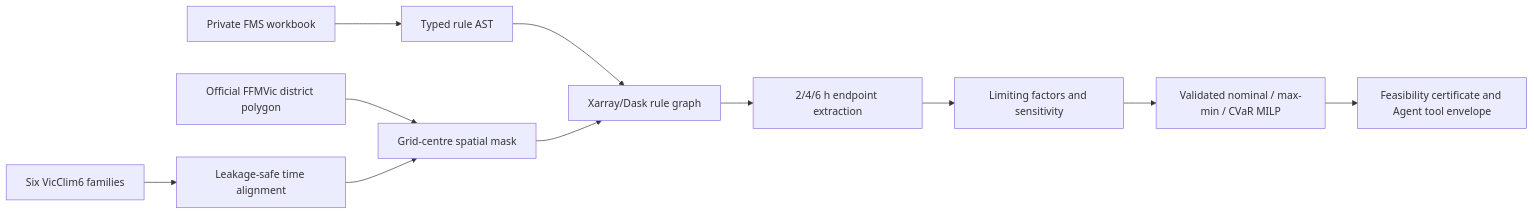
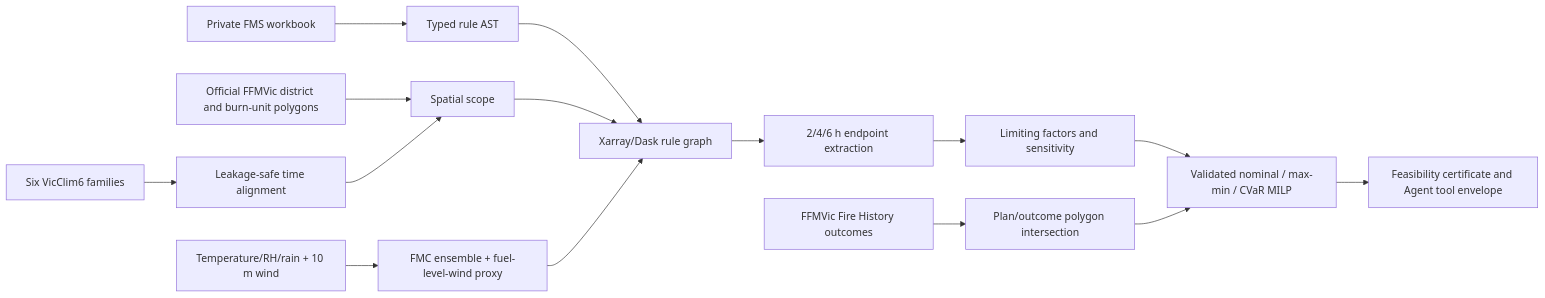
One commit to larry-liyuanfan/wildfire-burn-window-decision-support changed the diagram in README.md. Above: the diagram before and after it, drawn with Mermaid. The commit also changed other lines of this file and 17 other files, not shown here.

Commit message:
feat: add official burn-unit outcome integration

````diff
--- a/README.md
+++ b/README.md
@@ -21,12 +21,16 @@
 ```mermaid
 flowchart LR
   W[Private FMS workbook] --> A[Typed rule AST]
   V[Six VicClim6 families] --> T[Leakage-safe time alignment]
-  B[Official FFMVic district polygon] --> S[Grid-centre spatial mask]
+  B[Official FFMVic district and burn-unit polygons] --> S[Spatial scope]
+  H[FFMVic Fire History outcomes] --> X[Plan/outcome polygon intersection]
+  M[Temperature/RH/rain + 10 m wind] --> P[FMC ensemble + fuel-level-wind proxy]
   A --> D[Xarray/Dask rule graph]
   T --> S --> D
+  P --> D
   D --> R[2/4/6 h endpoint extraction]
   R --> E[Limiting factors and sensitivity]
   E --> O[Validated nominal / max-min / CVaR MILP]
+  X --> O
   O --> C[Feasibility certificate and Agent tool envelope]
 ```
````
